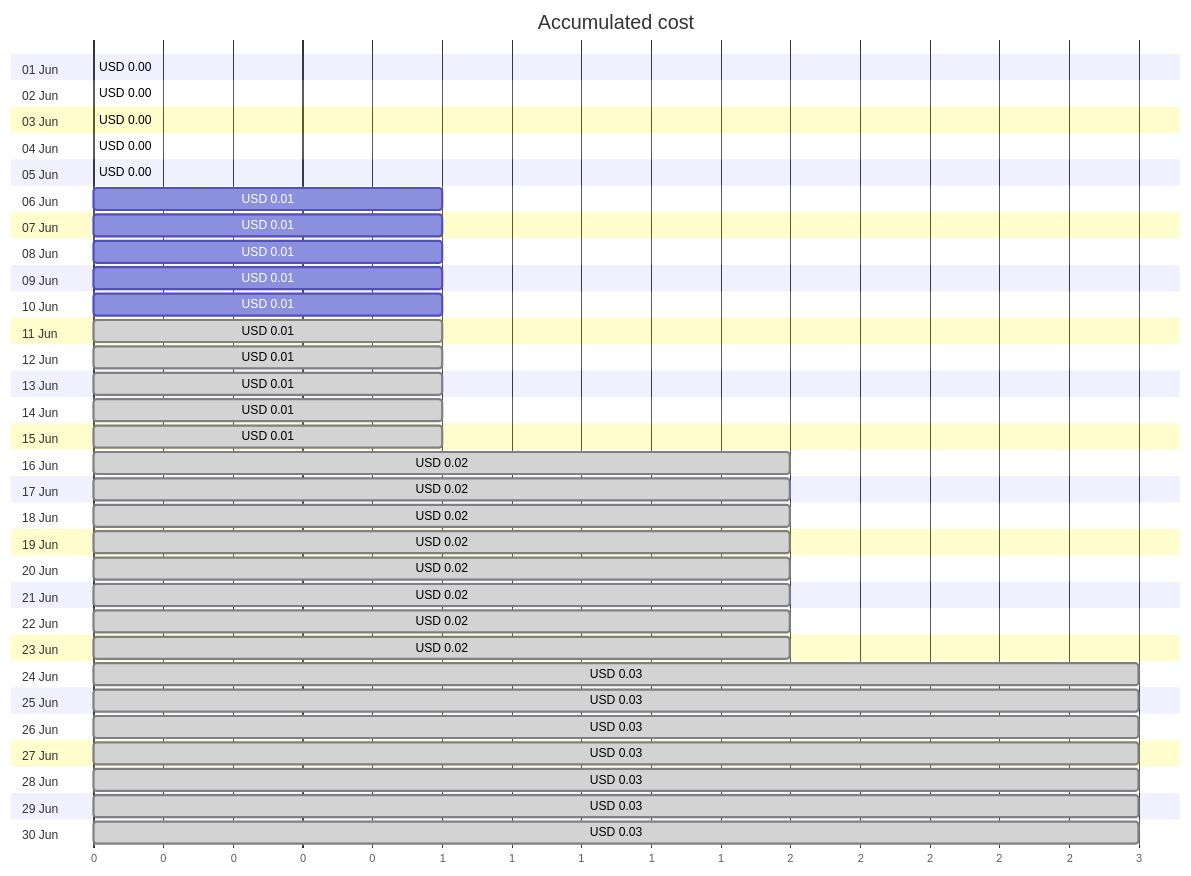
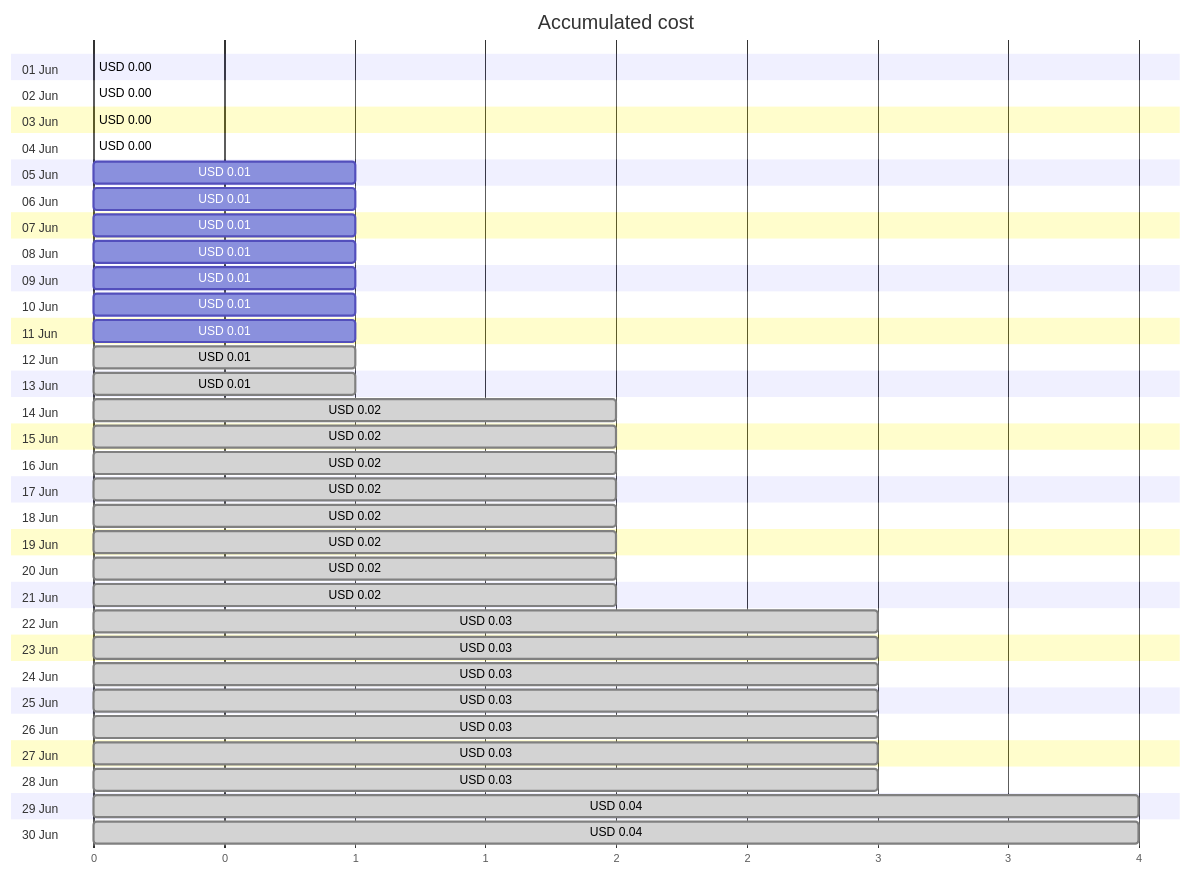
Before and after one commit to jpfulton/azure-personal-reports: the first of 4 diagrams in cost-reports/personal-site/personalsiteapipreview.md, drawn with Mermaid. The commit also changed other lines of this file and 6 other files, not shown here.

````diff
--- a/cost-reports/personal-site/personalsiteapipreview.md
+++ b/cost-reports/personal-site/personalsiteapipreview.md
@@ -20,66 +20,66 @@
 ```mermaid
 gantt
    title Accumulated cost
    dateFormat  X
    axisFormat %s
    section 01 Jun
    USD 0.00 :0, 0
    section 02 Jun
    USD 0.00 :0, 0
    section 03 Jun
    USD 0.00 :0, 0
    section 04 Jun
    USD 0.00 :0, 0
    section 05 Jun
-   USD 0.00 :0, 0
+   USD 0.01 :0, 1
    section 06 Jun
    USD 0.01 :0, 1
    section 07 Jun
    USD 0.01 :0, 1
    section 08 Jun
    USD 0.01 :0, 1
    section 09 Jun
    USD 0.01 :0, 1
    section 10 Jun
    USD 0.01 :0, 1
    section 11 Jun
-   USD 0.01 : done, 0, 1
+   USD 0.01 :0, 1
    section 12 Jun
    USD 0.01 : done, 0, 1
    section 13 Jun
    USD 0.01 : done, 0, 1
    section 14 Jun
-   USD 0.01 : done, 0, 1
+   USD 0.02 : done, 0, 2
    section 15 Jun
-   USD 0.01 : done, 0, 1
+   USD 0.02 : done, 0, 2
    section 16 Jun
    USD 0.02 : done, 0, 2
    section 17 Jun
    USD 0.02 : done, 0, 2
    section 18 Jun
    USD 0.02 : done, 0, 2
    section 19 Jun
    USD 0.02 : done, 0, 2
    section 20 Jun
    USD 0.02 : done, 0, 2
    section 21 Jun
    USD 0.02 : done, 0, 2
    section 22 Jun
-   USD 0.02 : done, 0, 2
+   USD 0.03 : done, 0, 3
    section 23 Jun
-   USD 0.02 : done, 0, 2
+   USD 0.03 : done, 0, 3
    section 24 Jun
    USD 0.03 : done, 0, 3
    section 25 Jun
    USD 0.03 : done, 0, 3
    section 26 Jun
    USD 0.03 : done, 0, 3
    section 27 Jun
    USD 0.03 : done, 0, 3
    section 28 Jun
    USD 0.03 : done, 0, 3
    section 29 Jun
-   USD 0.03 : done, 0, 3
+   USD 0.04 : done, 0, 4
    section 30 Jun
-   USD 0.03 : done, 0, 3
+   USD 0.04 : done, 0, 4
 ```
````
